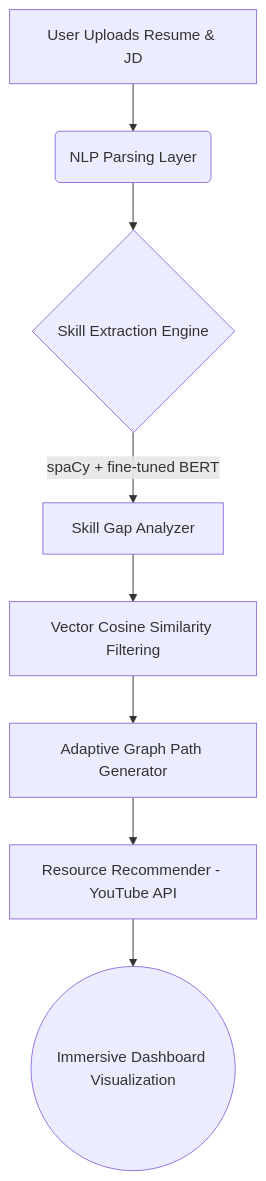
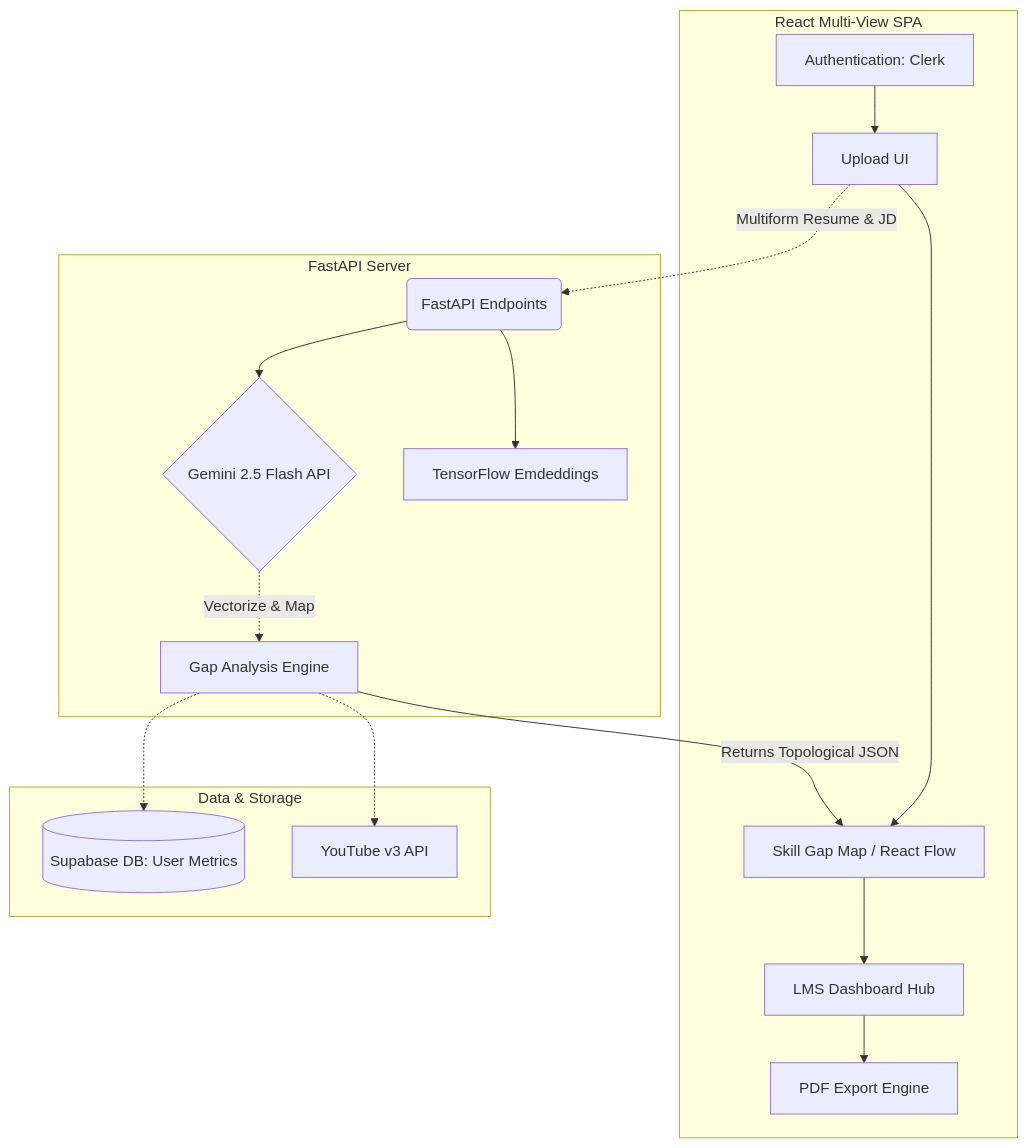
The first of 2 diagrams in README.md (Omkarop0808/SkillForge), drawn with Mermaid before and after one commit. The commit also changed other lines of this file and 2 other files, not shown here.

Commit message:
Fix Render OOM Crash by swapping PyTorch for Google Gemini Cloud Embeddings

````diff
--- a/README.md
+++ b/README.md
@@ -32,10 +30,23 @@
 ```mermaid
 graph TD
-    A[User Uploads Resume & JD] --> B(NLP Parsing Layer)
-    B --> C{Skill Extraction Engine}
-    C -->|spaCy + fine-tuned BERT| D[Skill Gap Analyzer]
-    D --> E[Vector Cosine Similarity Filtering]
-    E --> F[Adaptive Graph Path Generator]
-    F --> G[Resource Recommender - YouTube API]
-    G --> H((Immersive Dashboard Visualization))
+    subgraph Frontend [React Multi-View SPA]
+        A[Authentication: Clerk] --> B[Upload UI]
+        B --> C[Skill Gap Map / React Flow]
+        C --> D[LMS Dashboard Hub]
+        D --> E[PDF Export Engine]
+    end
+
+    subgraph Backend [FastAPI Server]
+        B -.-> |Multiform Resume & JD| F(FastAPI Endpoints)
+        F --> G{Gemini 2.5 Flash API}
+        F --> H[TensorFlow Emdeddings]
+        G -.-> |Vectorize & Map| I[Gap Analysis Engine]
+    end
+
+    subgraph Data & Storage
+        I -.-> J[(Supabase DB: User Metrics)]
+        I -.-> K[YouTube v3 API]
+    end
+
+    I --> |Returns Topological JSON| C
 ```
````
